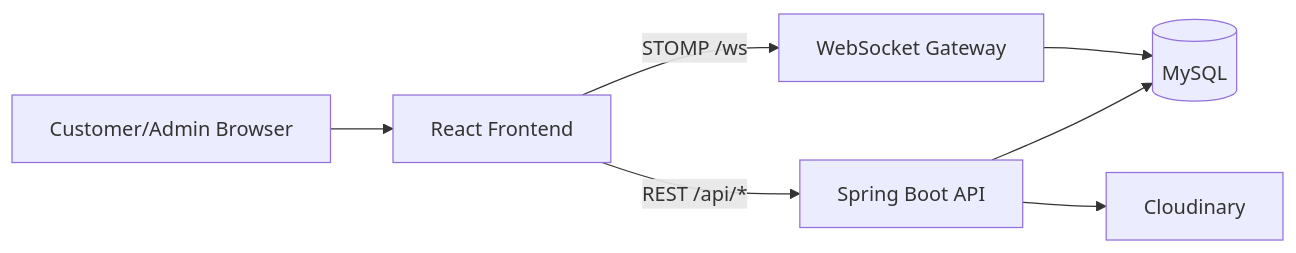
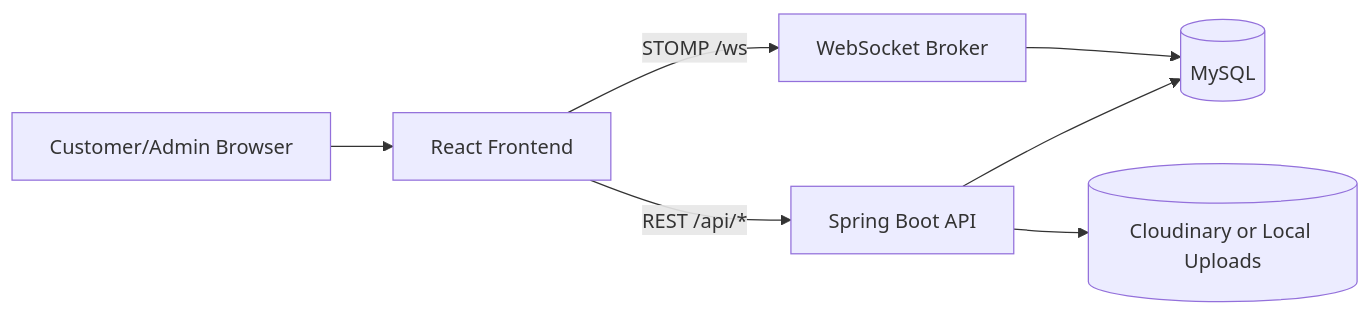
The first of 5 diagrams in README.md (mundkes-tech/RocketDrop), drawn with Mermaid before and after one commit. The commit also changed other lines of this file, not shown here.

````diff
--- a/README.md
+++ b/README.md
@@ -73,9 +59,9 @@
 ```mermaid
 flowchart LR
     U[Customer/Admin Browser] --> F[React Frontend]
     F -->|REST /api/*| B[Spring Boot API]
-    F -->|STOMP /ws| W[WebSocket Gateway]
-    B --> D[(MySQL)]
-    B --> C[Cloudinary]
-    W --> D
+    F -->|STOMP /ws| W[WebSocket Broker]
+    B --> DB[(MySQL)]
+    B --> M[(Cloudinary or Local Uploads)]
+    W --> DB
 ```
````
